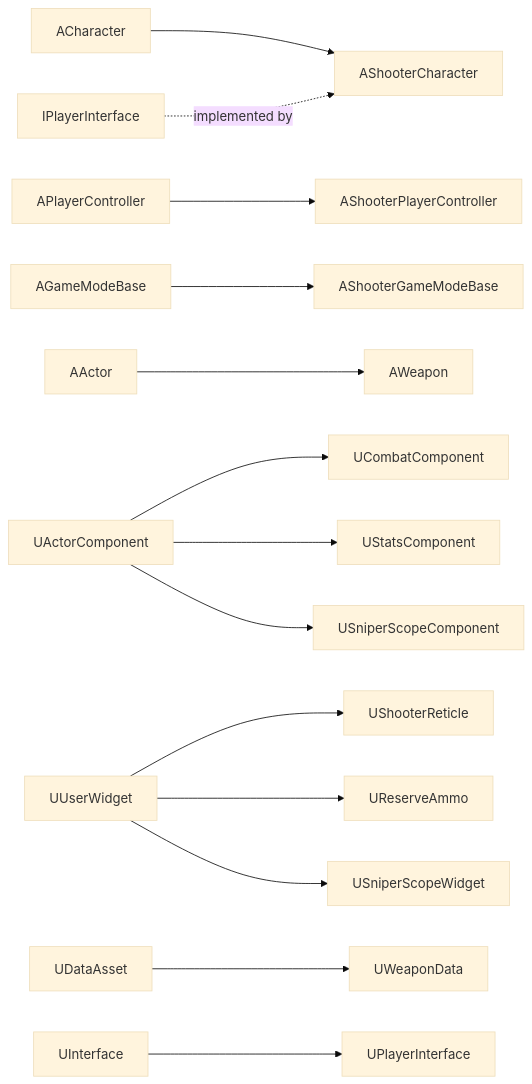
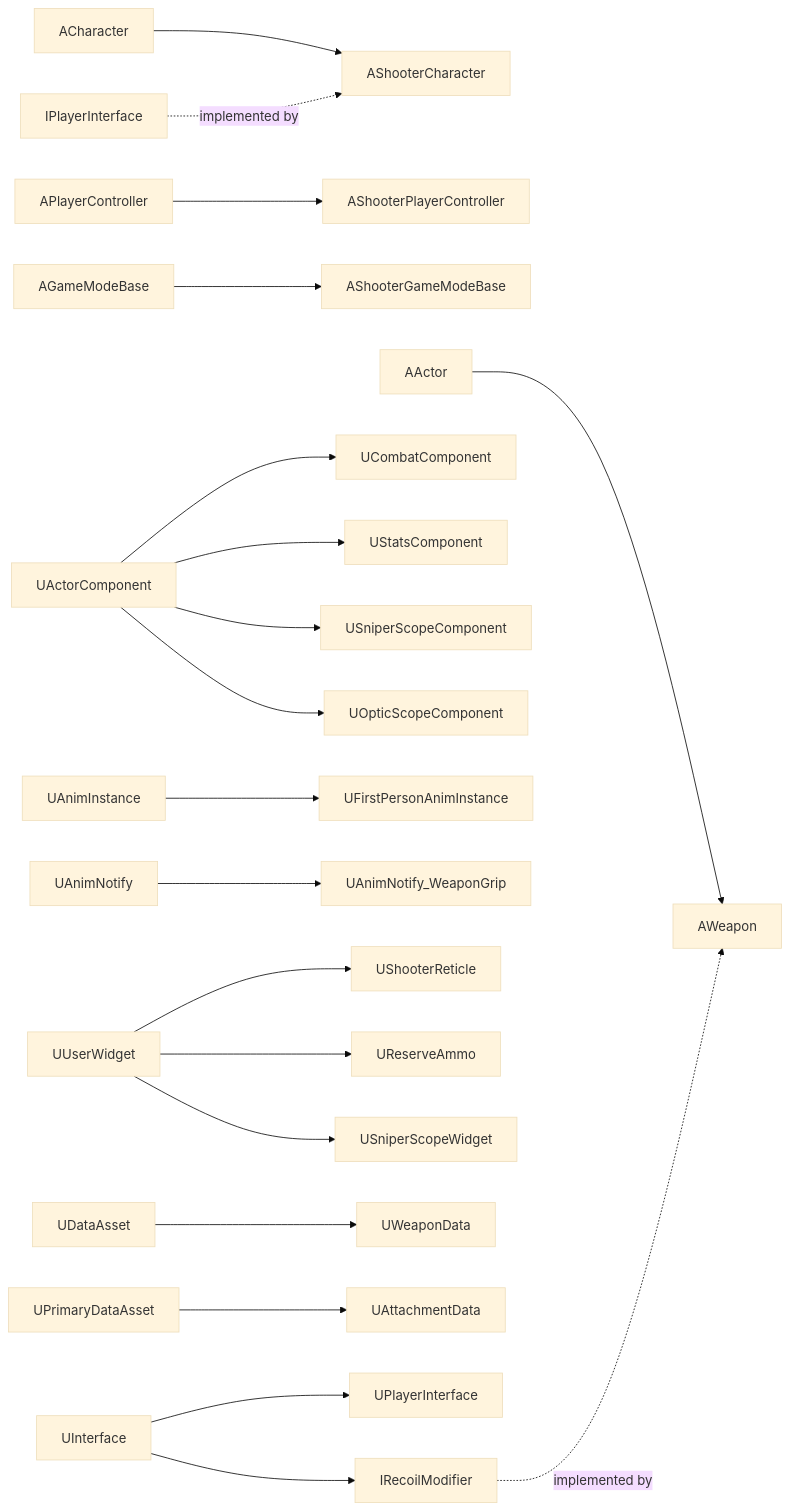
The diagram in DOCUMENTATION.md (puzzle333-qaq/FPS), drawn with Mermaid (base theme) before and after one commit. The commit also changed other lines of this file and 3 other files, not shown here.

````diff
--- a/DOCUMENTATION.md
+++ b/DOCUMENTATION.md
@@ -75,16 +79,22 @@
 ```mermaid
 graph LR
     ACharacter --> AShooterCharacter
     APlayerController --> AShooterPlayerController
     AGameModeBase --> AShooterGameModeBase
     AActor --> AWeapon
     UActorComponent --> UCombatComponent
     UActorComponent --> UStatsComponent
     UActorComponent --> USniperScopeComponent
+    UActorComponent --> UOpticScopeComponent
+    UAnimInstance --> UFirstPersonAnimInstance
+    UAnimNotify --> UAnimNotify_WeaponGrip
     UUserWidget --> UShooterReticle
     UUserWidget --> UReserveAmmo
     UUserWidget --> USniperScopeWidget
     UDataAsset --> UWeaponData
+    UPrimaryDataAsset --> UAttachmentData
     UInterface --> UPlayerInterface
+    UInterface --> IRecoilModifier
     IPlayerInterface -.implemented by.-> AShooterCharacter
+    IRecoilModifier -.implemented by.-> AWeapon
 ```
````
